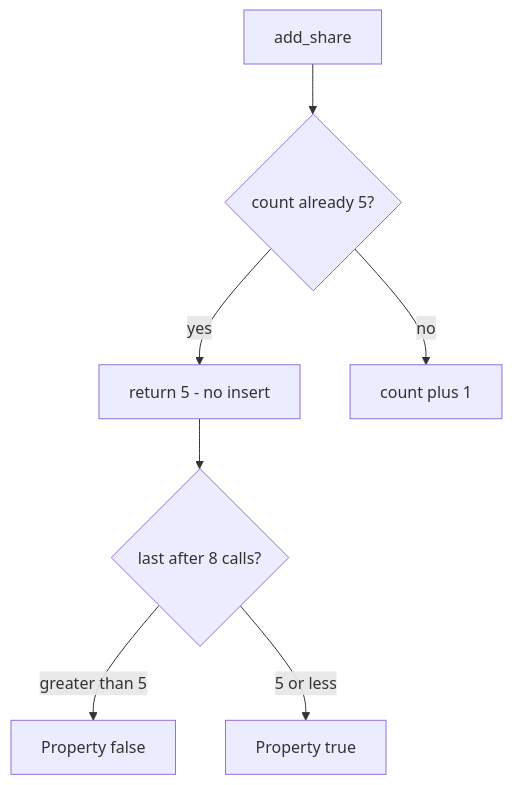
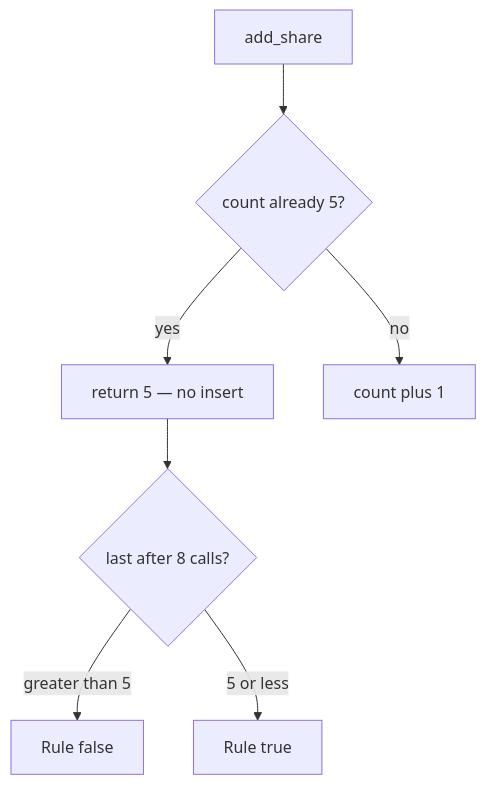
Before and after one commit to ishitvagoel/LearnSecurity: the diagram in content/modules/3/3.4/lessons/04-build.md, drawn with Mermaid. The commit also changed other lines of this file and 31 other files, not shown here.

````diff
--- a/content/modules/3/3.4/lessons/04-build.md
+++ b/content/modules/3/3.4/lessons/04-build.md
@@ -15,9 +14,9 @@
 ```mermaid
 flowchart TD
   Call[add_share] --> Check{"count already 5?"}
-  Check -->|yes| Same["return 5 - no insert"]
+  Check -->|yes| Same["return 5 — no insert"]
   Check -->|no| Inc["count plus 1"]
   Same --> Test{"last after 8 calls?"}
-  Test -->|"greater than 5"| Fail[Property false]
-  Test -->|"5 or less"| Pass[Property true]
+  Test -->|"greater than 5"| Fail[Rule false]
+  Test -->|"5 or less"| Pass[Rule true]
 ```
````
